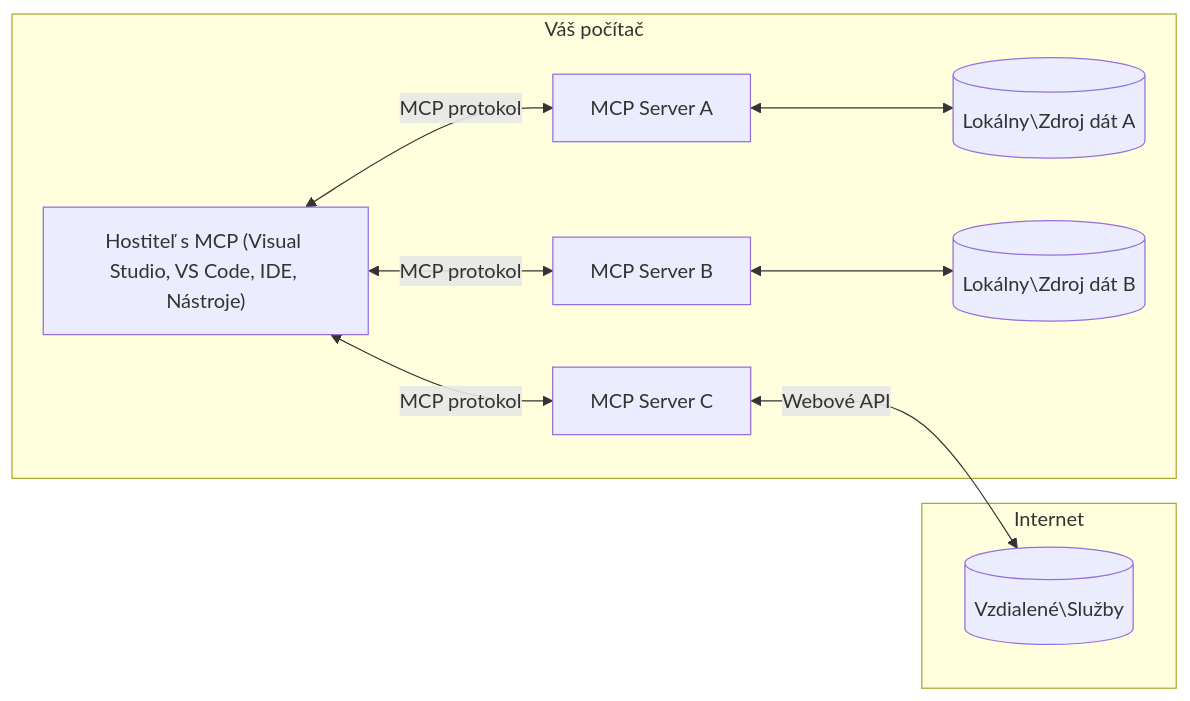
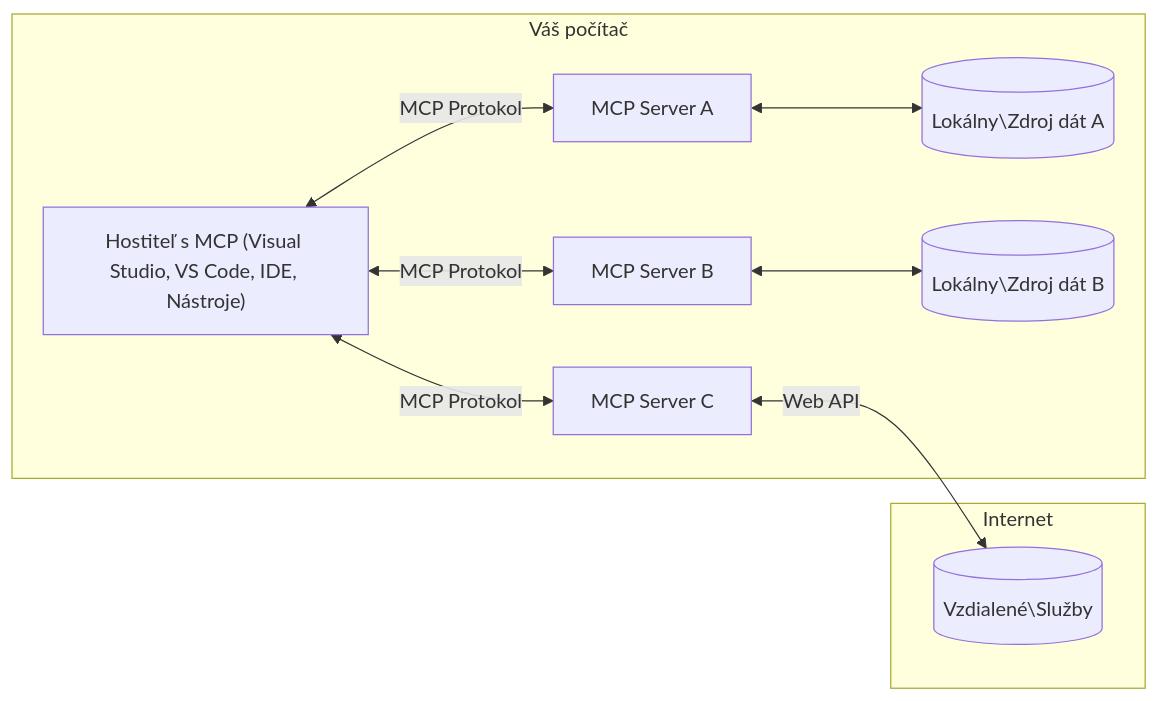
Before and after one commit to Mu-L/mcp-for-beginners: the diagram in translations/sk/01-CoreConcepts/README.md, drawn with Mermaid. The commit also changed other lines of this file and 5 other files, not shown here.

````diff
--- a/translations/sk/01-CoreConcepts/README.md
+++ b/translations/sk/01-CoreConcepts/README.md
@@ -45,17 +45,17 @@
 ```mermaid
 flowchart LR
     subgraph "Váš počítač"
         Host["Hostiteľ s MCP (Visual Studio, VS Code, IDE, Nástroje)"]
         S1["MCP Server A"]
         S2["MCP Server B"]
         S3["MCP Server C"]
-        Host <-->|"MCP protokol"| S1
-        Host <-->|"MCP protokol"| S2
-        Host <-->|"MCP protokol"| S3
+        Host <-->|"MCP Protokol"| S1
+        Host <-->|"MCP Protokol"| S2
+        Host <-->|"MCP Protokol"| S3
         S1 <--> D1[("Lokálny\Zdroj dát A")]
         S2 <--> D2[("Lokálny\Zdroj dát B")]
     end
     subgraph "Internet"
-        S3 <-->|"Webové API"| D3[("Vzdialené\Služby")]
+        S3 <-->|"Web API"| D3[("Vzdialené\Služby")]
     end
 ```
````
